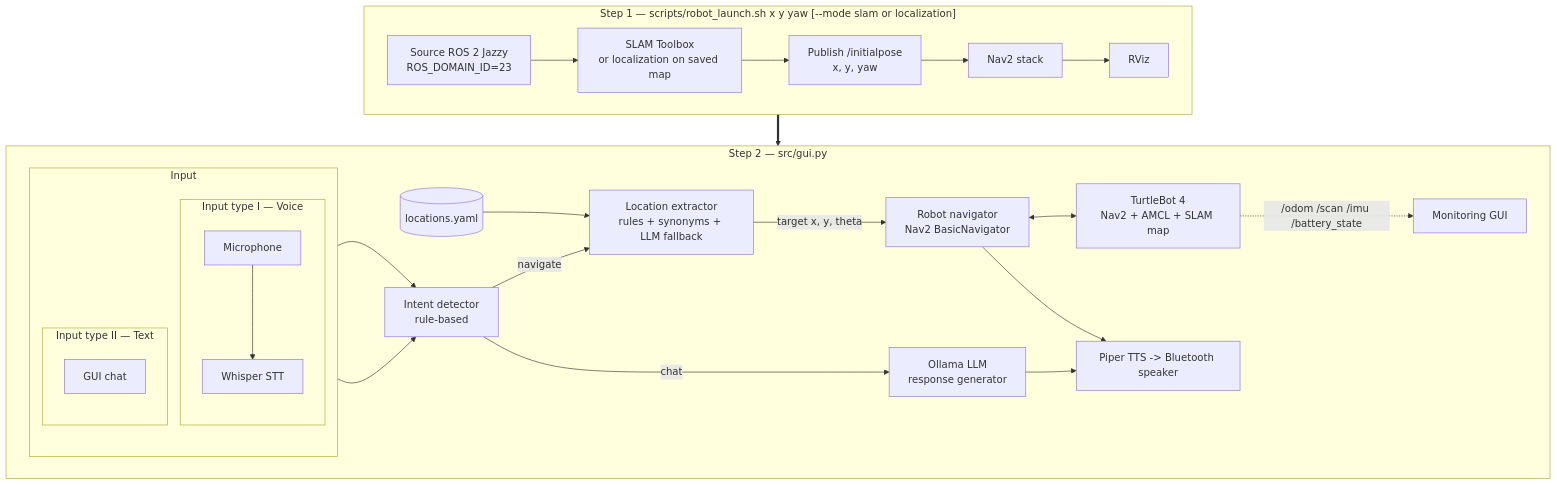
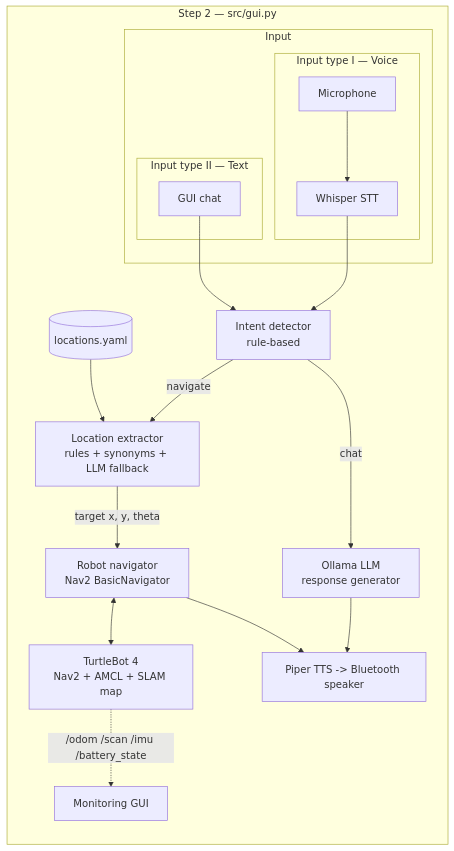
Before and after one commit to Huzaifa-Rahim-Malik/LLM-Based-Navigation-Using-Turtlebot4: the second of 5 diagrams in README.md, drawn with Mermaid. The commit also changed 1 other file, not shown here.

````diff
--- a/README.md
+++ b/README.md
@@ -32,35 +42,23 @@
 ```mermaid
-flowchart TB
-    subgraph S1["Step 1 — scripts/robot_launch.sh  x y yaw  [--mode slam or localization]"]
-      direction LR
-      L1["Source ROS 2 Jazzy<br/>ROS_DOMAIN_ID=23"] --> L2["SLAM Toolbox<br/>or localization on saved map"]
-      L2 --> L3["Publish /initialpose<br/>x, y, yaw"]
-      L3 --> L4["Nav2 stack"]
-      L4 --> L5["RViz"]
-    end
-
+flowchart LR
     subgraph S2["Step 2 — src/gui.py"]
-      direction LR
       subgraph Input["Input"]
-        direction TB
         subgraph IN1["Input type I — Voice"]
           MIC[Microphone] --> STT[Whisper STT]
         end
         subgraph IN2["Input type II — Text"]
           TXT["GUI chat"]
         end
       end
       STT --> INT["Intent detector<br/>rule-based"]
       TXT --> INT
       INT -- chat --> LLM["Ollama LLM<br/>response generator"]
       INT -- navigate --> LOC["Location extractor<br/>rules + synonyms + LLM fallback"]
       LM[("locations.yaml")] --> LOC
       LOC -- "target x, y, theta" --> NAV["Robot navigator<br/>Nav2 BasicNavigator"]
       NAV <--> ROBOT["TurtleBot 4<br/>Nav2 + AMCL + SLAM map"]
       LLM --> TTS["Piper TTS -> Bluetooth speaker"]
       NAV --> TTS
       ROBOT -. "/odom /scan /imu /battery_state" .-> GUI["Monitoring GUI"]
     end
-
-    S1 ==> S2
 ```
````
